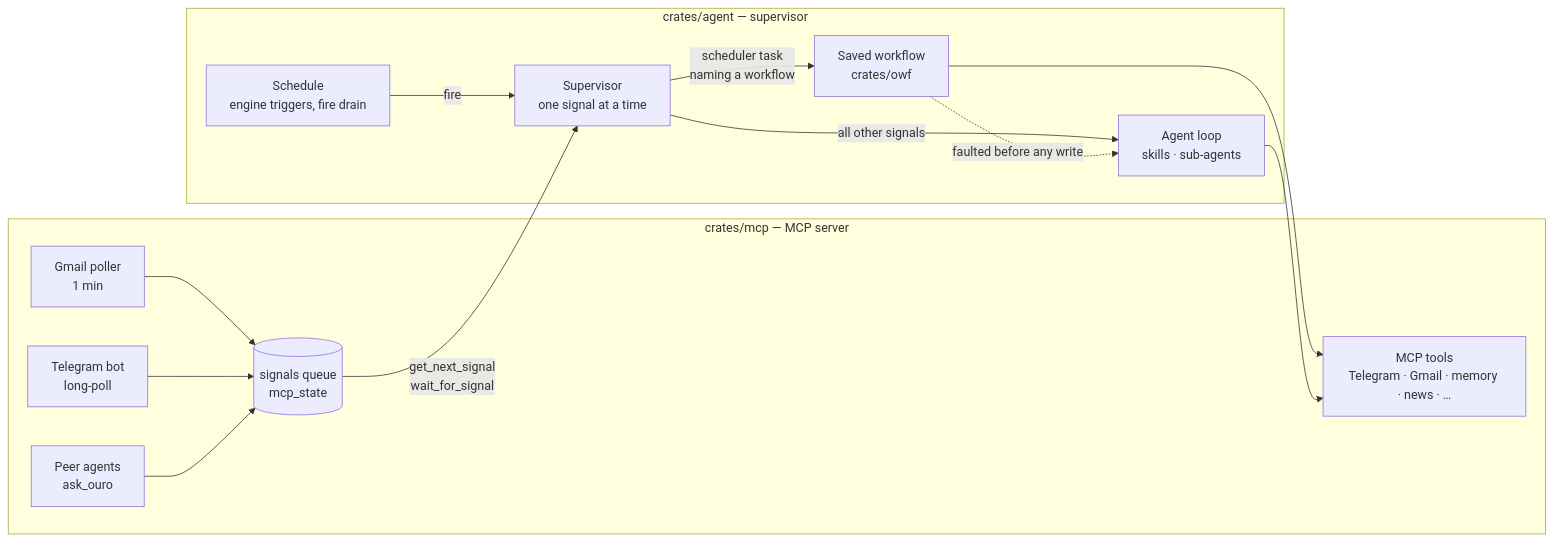
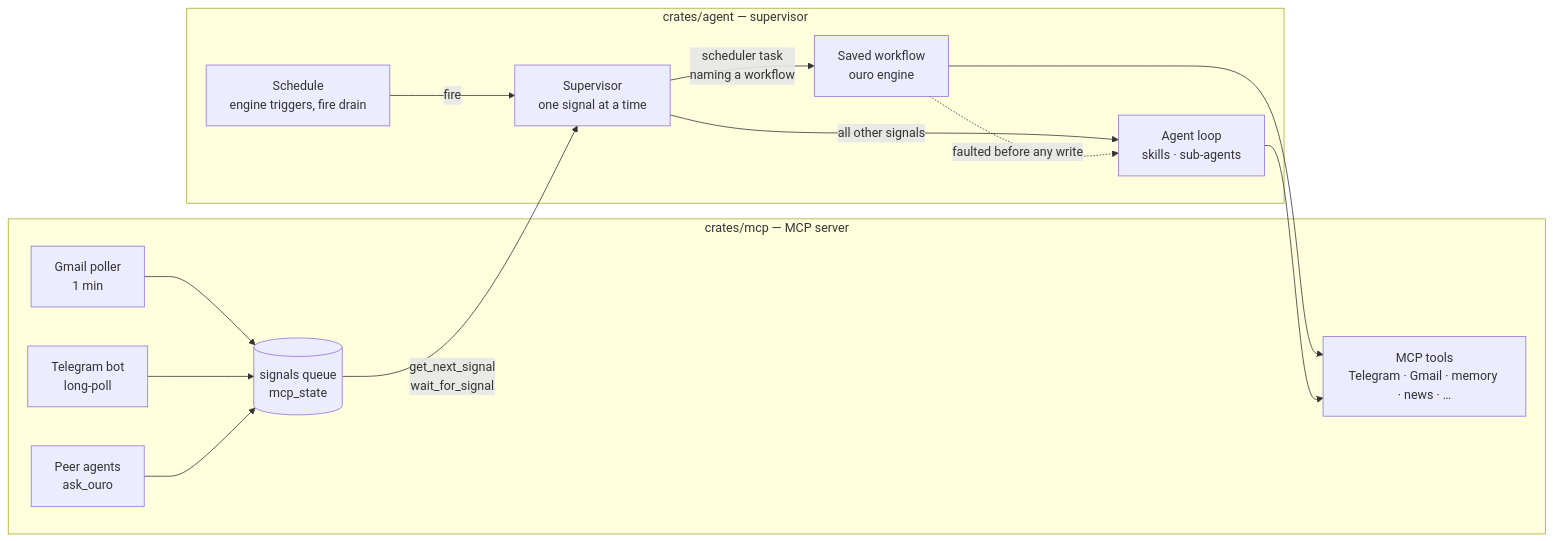
Before and after one commit to Ch4mpl00/ouro-agent: the first of 2 diagrams in docs/architecture.md, drawn with Mermaid. The commit also changed other lines of this file and 8 other files, not shown here.

First line of the commit message:
docs: crates/owf removed; the engine named as the workflow runtime (design 07)

````diff
--- a/docs/architecture.md
+++ b/docs/architecture.md
@@ -16,21 +16,21 @@
 ```mermaid
 flowchart LR
     subgraph mcp ["crates/mcp — MCP server"]
         G[Gmail poller<br/>1 min] --> Q
         T[Telegram bot<br/>long-poll] --> Q
         P[Peer agents<br/>ask_ouro] --> Q
         Q[(signals queue<br/>mcp_state)]
         TOOLS[MCP tools<br/>Telegram · Gmail · memory · news · …]
     end
 
     subgraph agent ["crates/agent — supervisor"]
         C[Schedule<br/>engine triggers, fire drain] -->|fire| S
         Q -->|get_next_signal<br/>wait_for_signal| S[Supervisor<br/>one signal at a time]
-        S -->|scheduler task<br/>naming a workflow| W[Saved workflow<br/>crates/owf]
+        S -->|scheduler task<br/>naming a workflow| W[Saved workflow<br/>ouro engine]
         S -->|all other signals| L[Agent loop<br/>skills · sub-agents]
         W -.->|faulted before any write| L
     end
 
     W --> TOOLS
     L --> TOOLS
 ```
````
